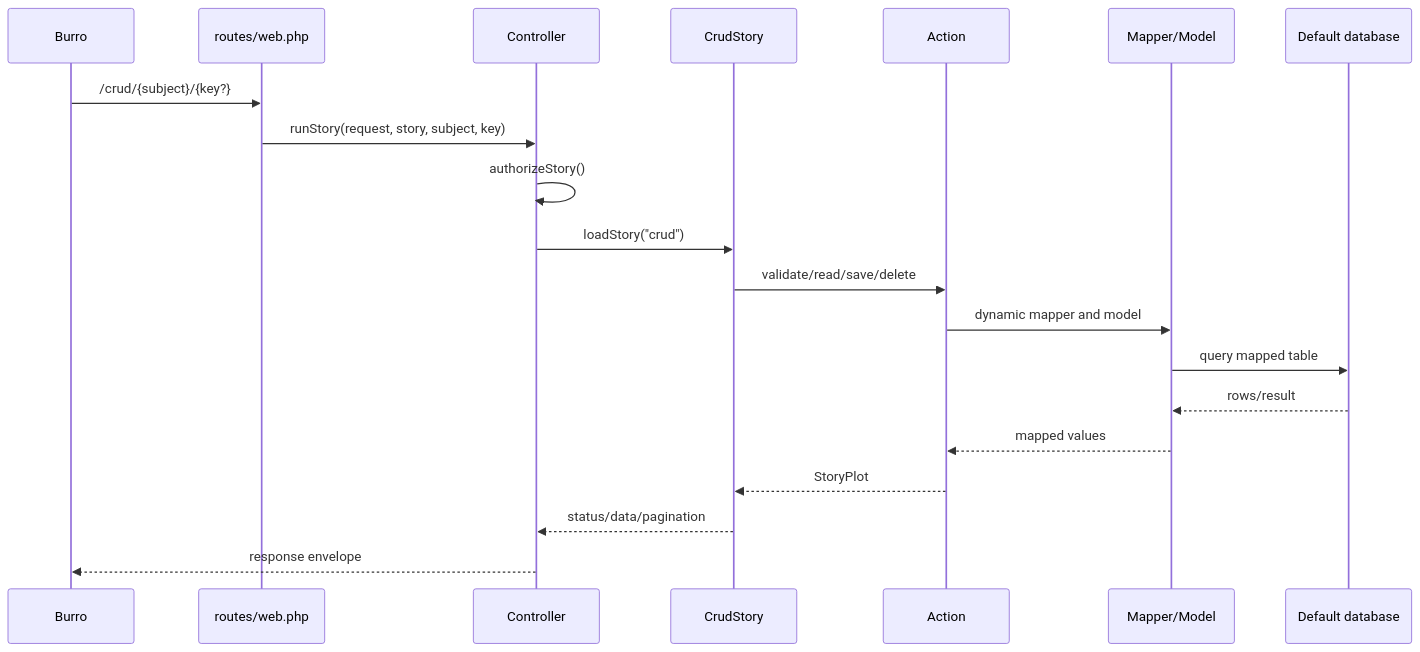
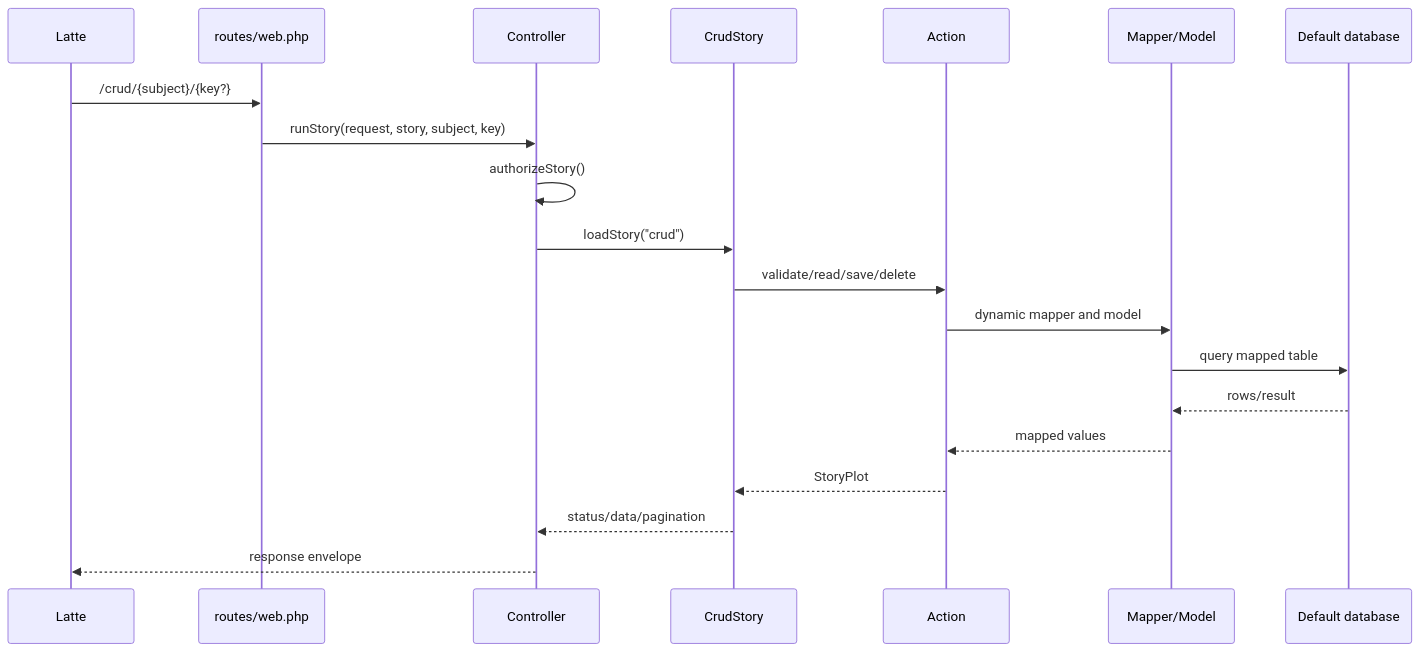
The third of 5 diagrams in docs/architecture.md (erme2/Pane), drawn with Mermaid before and after one commit. The commit also changed other lines of this file and 11 other files, not shown here.

````diff
--- a/docs/architecture.md
+++ b/docs/architecture.md
@@ -161,23 +161,23 @@
 ```mermaid
 sequenceDiagram
-    participant B as Burro
+    participant B as Latte
     participant R as routes/web.php
     participant C as Controller
     participant S as CrudStory
     participant A as Action
     participant M as Mapper/Model
     participant D as Default database
 
     B->>R: /crud/{subject}/{key?}
     R->>C: runStory(request, story, subject, key)
     C->>C: authorizeStory()
     C->>S: loadStory("crud")
     S->>A: validate/read/save/delete
     A->>M: dynamic mapper and model
     M->>D: query mapped table
     D-->>M: rows/result
     M-->>A: mapped values
     A-->>S: StoryPlot
     S-->>C: status/data/pagination
     C-->>B: response envelope
 ```
````
